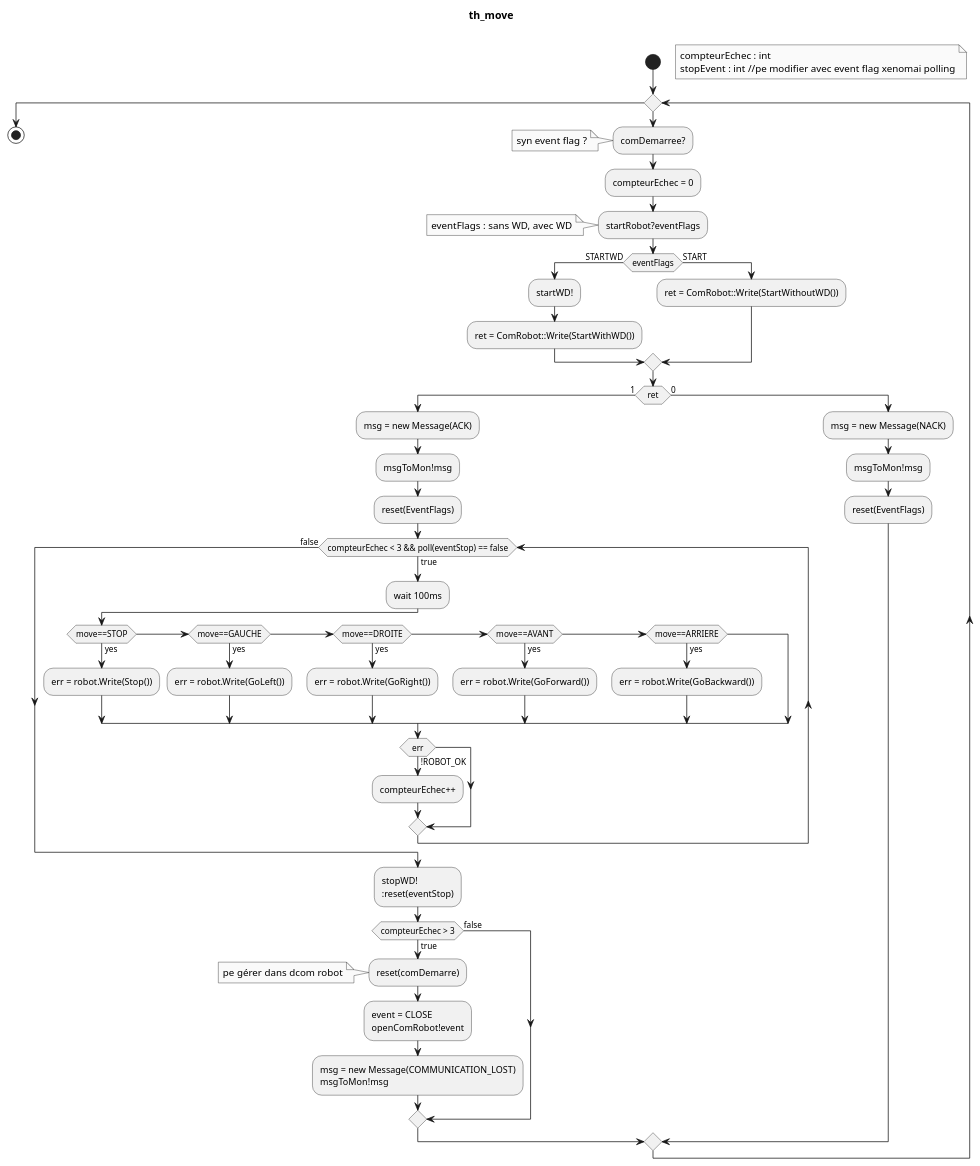
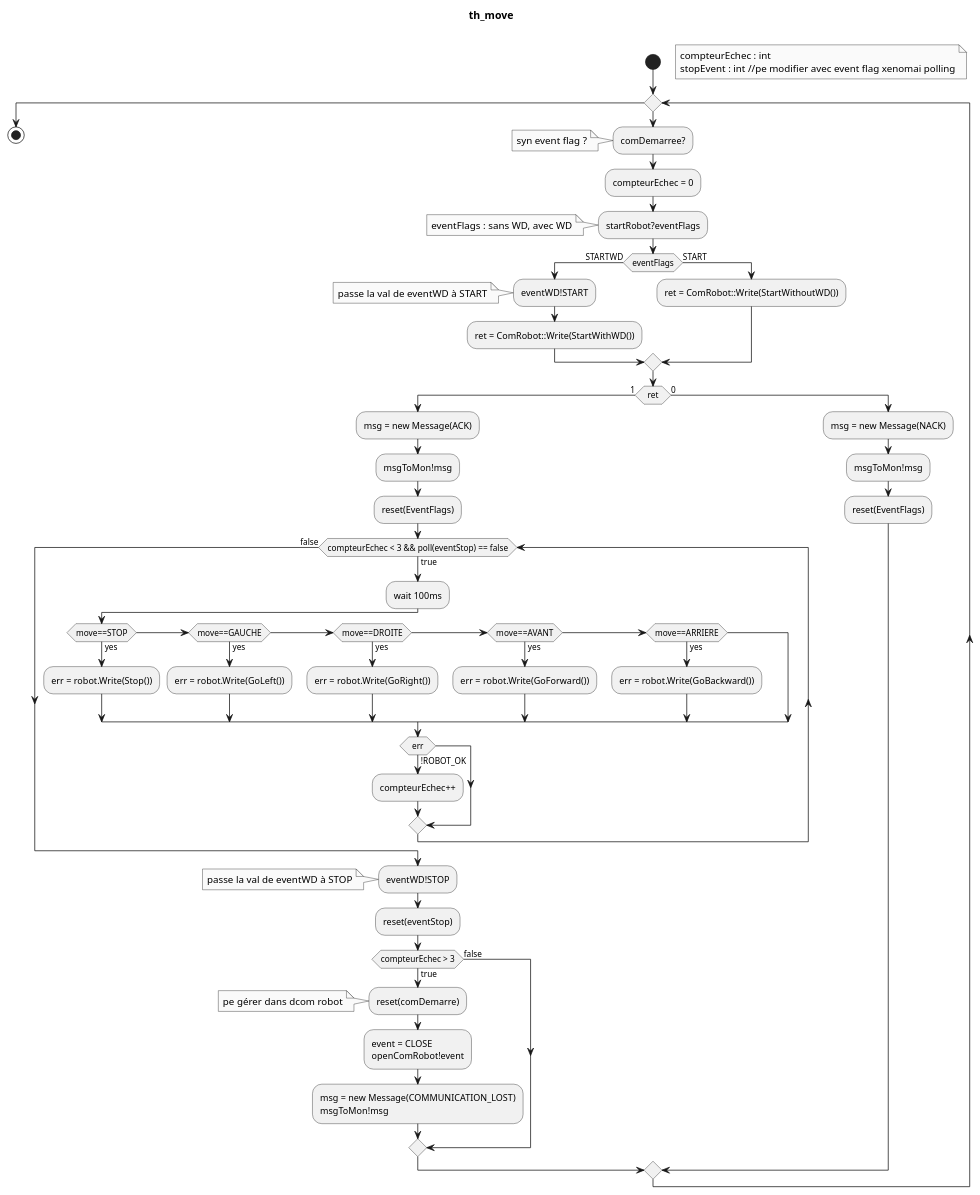
Before and after one commit to Bobillot/BE_Temps_Reel: the diagram in diags/th_move.puml, drawn with PlantUML.

```diff
--- a/diags/th_move.puml
+++ b/diags/th_move.puml
@@ -1,77 +1,79 @@
 @startuml
 
 skinparam monochrome true
 title th_move \n
 
 
 start
 
 floating note right
 compteurEchec : int
 stopEvent : int //pe modifier avec event flag xenomai polling
 endnote
 
 while ()
     :comDemarree?;
     note : syn event flag ?
     :compteurEchec = 0;
 
     :startRobot?eventFlags;
     note
     eventFlags : sans WD, avec WD
     endnote
 
     if (eventFlags) then (STARTWD)
-        :startWD!;
+        :eventWD!START;
+    note : passe la val de eventWD à START
         :ret = ComRobot::Write(StartWithWD());
     else (START)
     :ret = ComRobot::Write(StartWithoutWD());
     endif
     
     if (ret) then (1)
     
     :msg = new Message(ACK);
 
     :msgToMon!msg;
 
     :reset(EventFlags);
 
     while (compteurEchec < 3 && poll(eventStop) == false) is (true)
         :wait 100ms;
         if (move==STOP) then (yes)
             :err = robot.Write(Stop());
         elseif (move==GAUCHE) then (yes)
             :err = robot.Write(GoLeft());
         elseif (move==DROITE) then (yes)
             :err = robot.Write(GoRight());
         elseif (move==AVANT) then (yes)
             :err = robot.Write(GoForward());
         elseif (move==ARRIERE) then (yes)
             :err = robot.Write(GoBackward());
         endif
         if (err) then (!ROBOT_OK)
             :compteurEchec++;
         endif
     endwhile (false)
-    :stopWD!
+    :eventWD!STOP;
+    note : passe la val de eventWD à STOP
 :reset(eventStop);
 
 if (compteurEchec > 3) then (true)
     :reset(comDemarre);
     note : pe gérer dans dcom robot
     :event = CLOSE
     openComRobot!event;
     :msg = new Message(COMMUNICATION_LOST)
     msgToMon!msg;
 else (false)
 endif
 else (0)
     :msg = new Message(NACK);
 
     :msgToMon!msg;
 
     :reset(EventFlags);
 endif
 endwhile
 stop
 @enduml
```
